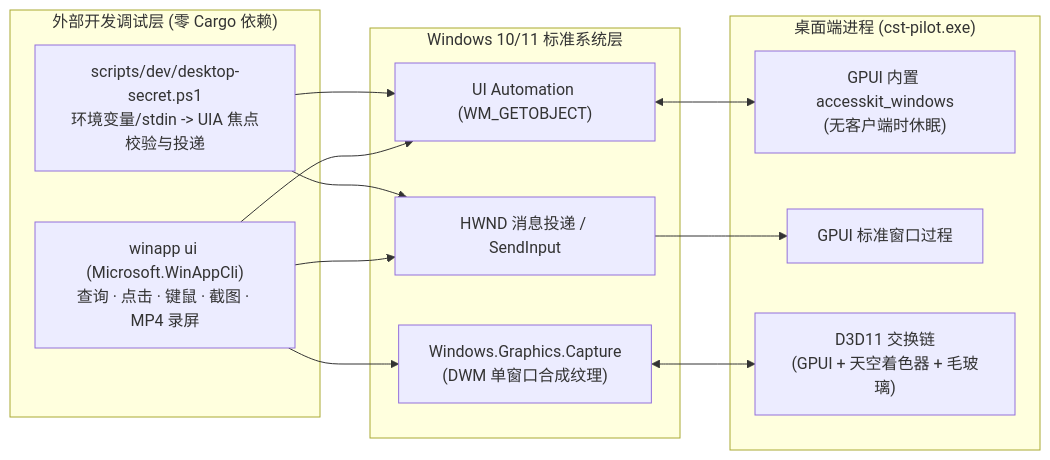
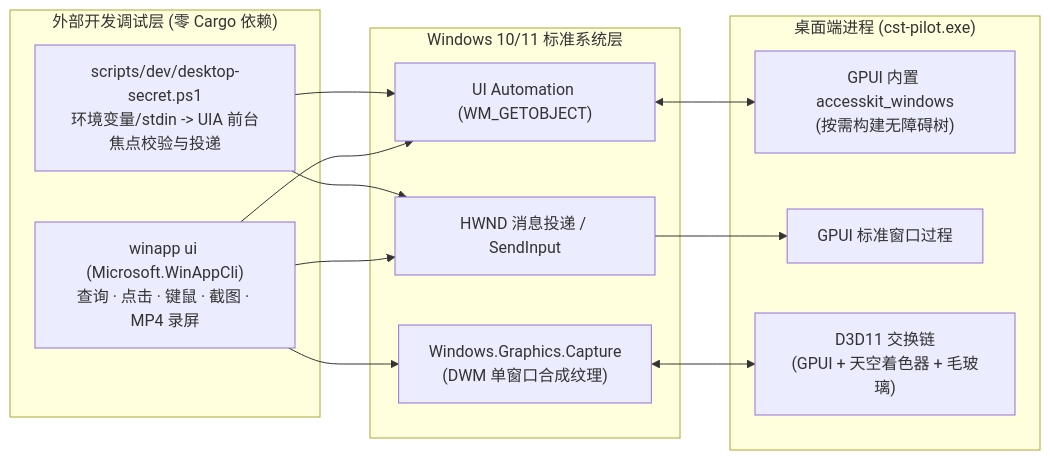
One commit to SCAU-Computer-Serving-Team/cst-pilot changed the diagram in doc/rust/plan/9.1.desktop-automation.md. Above: the diagram before and after it, drawn with Mermaid. The commit also changed other lines of this file and 43 other files, not shown here.

Commit message:
refactor(desktop,dev,docs): 规范化无障碍与独立安全输入模块并补齐脚本边界校验

````diff
--- a/doc/rust/plan/9.1.desktop-automation.md
+++ b/doc/rust/plan/9.1.desktop-automation.md
@@ -11,25 +11,25 @@
 ```mermaid
 flowchart LR
     subgraph DevTools["外部开发调试层 (零 Cargo 依赖)"]
         WinApp["winapp ui (Microsoft.WinAppCli)\n查询 · 点击 · 键鼠 · 截图 · MP4 录屏"]
-        SecPs1["scripts/dev/desktop-secret.ps1\n环境变量/stdin -> UIA 焦点校验与投递"]
+        SecPs1["scripts/dev/desktop-secret.ps1\n环境变量/stdin -> UIA 前台焦点校验与投递"]
     end
 
     subgraph WinOS["Windows 10/11 标准系统层"]
         UIA["UI Automation (WM_GETOBJECT)"]
         InputQ["HWND 消息投递 / SendInput"]
         WGC["Windows.Graphics.Capture\n(DWM 单窗口合成纹理)"]
     end
 
     subgraph DesktopApp["桌面端进程 (cst-pilot.exe)"]
-        AccessKit["GPUI 内置 accesskit_windows\n(无客户端时休眠)"]
+        AccessKit["GPUI 内置 accesskit_windows\n(按需构建无障碍树)"]
         WndProc["GPUI 标准窗口过程"]
         SwapChain["D3D11 交换链\n(GPUI + 天空着色器 + 毛玻璃)"]
     end
 
     WinApp --> UIA & InputQ & WGC
     SecPs1 --> UIA & InputQ
     UIA <--> AccessKit
     InputQ --> WndProc
     WGC <--> SwapChain
 ```
````
